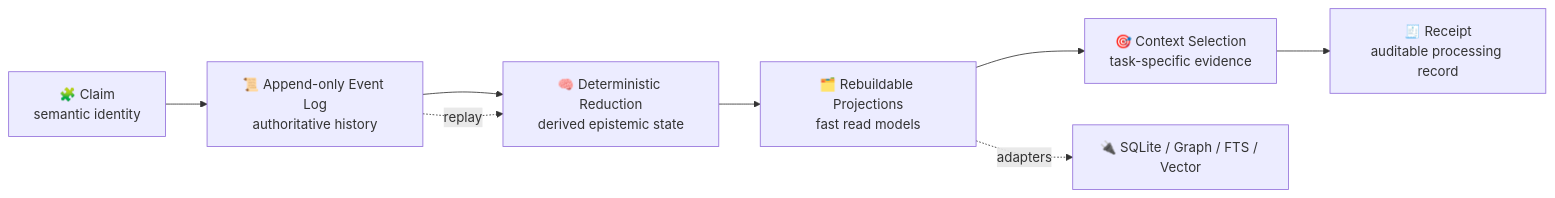
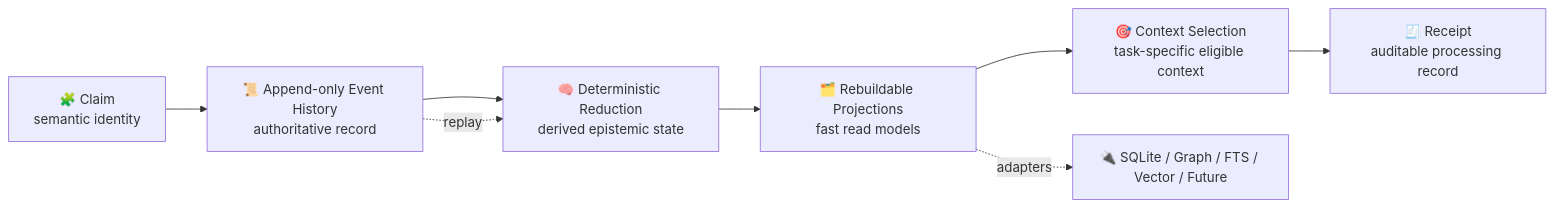
Before and after one commit to velantrian/velantrim-native-kernel: the diagram in README.md, drawn with Mermaid. The commit also changed other lines of this file, not shown here.

````diff
--- a/README.md
+++ b/README.md
@@ -374,11 +197,11 @@
 ```mermaid
 flowchart LR
-    C["🧩 Claim<br/>semantic identity"] --> E["📜 Append-only Event Log<br/>authoritative history"]
+    C["🧩 Claim<br/>semantic identity"] --> E["📜 Append-only Event History<br/>authoritative record"]
     E --> S["🧠 Deterministic Reduction<br/>derived epistemic state"]
     S --> P["🗂️ Rebuildable Projections<br/>fast read models"]
-    P --> X["🎯 Context Selection<br/>task-specific evidence"]
+    P --> X["🎯 Context Selection<br/>task-specific eligible context"]
     X --> R["🧾 Receipt<br/>auditable processing record"]
 
-    P -. adapters .-> A["🔌 SQLite / Graph / FTS / Vector"]
+    P -. adapters .-> A["🔌 SQLite / Graph / FTS / Vector / Future"]
     E -. replay .-> S
 ```
````
